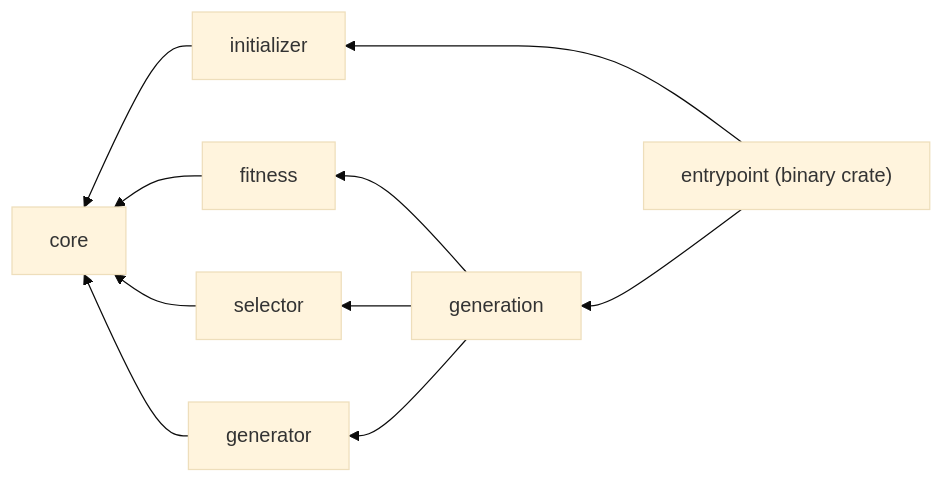
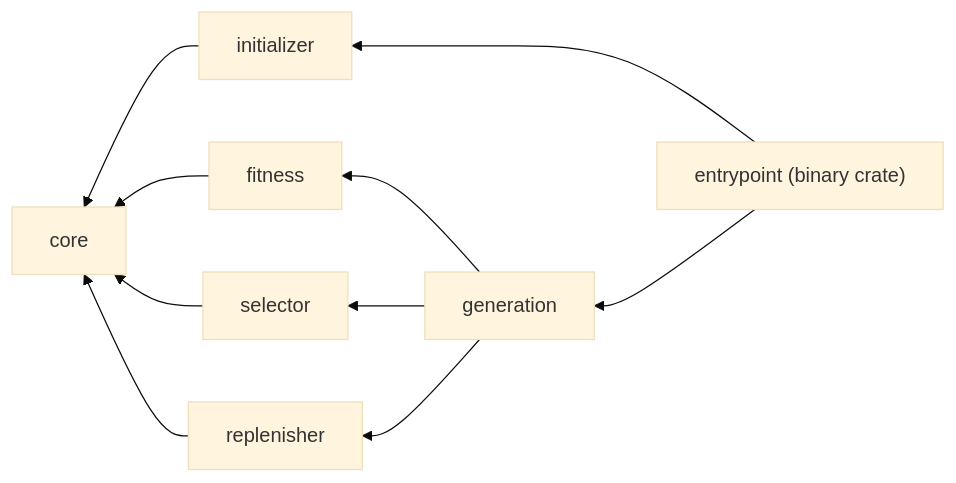
Before and after one commit to pokemon-GA/scarlet-queen: the first of 2 diagrams in README.md, drawn with Mermaid (base theme). The commit also changed other lines of this file, not shown here.

````diff
--- a/README.md
+++ b/README.md
@@ -13,14 +13,14 @@
 ```mermaid
 flowchart RL
     initializer[initializer] --> core[core]
     fitness[fitness] --> core[core]
     selector[selector] --> core[core]
-    generator[generator] --> core[core]
+    replenisher[replenisher] --> core[core]
 
     generation[generation] --> fitness[fitness]
     generation[generation] --> selector[selector]
-    generation[generation] --> generator[generator]
+    generation[generation] --> replenisher[replenisher]
 
     entrypoint["entrypoint (binary crate)"] --> initializer[initializer]
     entrypoint["entrypoint (binary crate)"] --> generation[generation]
 ```
````
